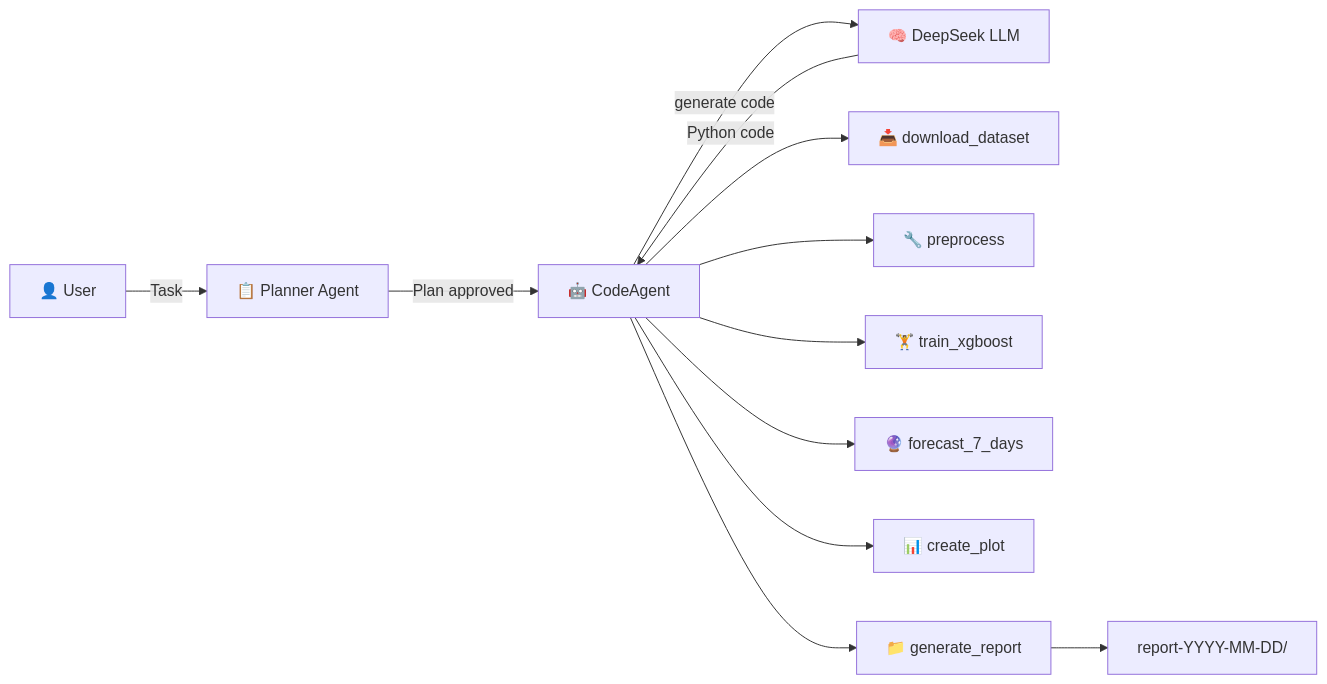
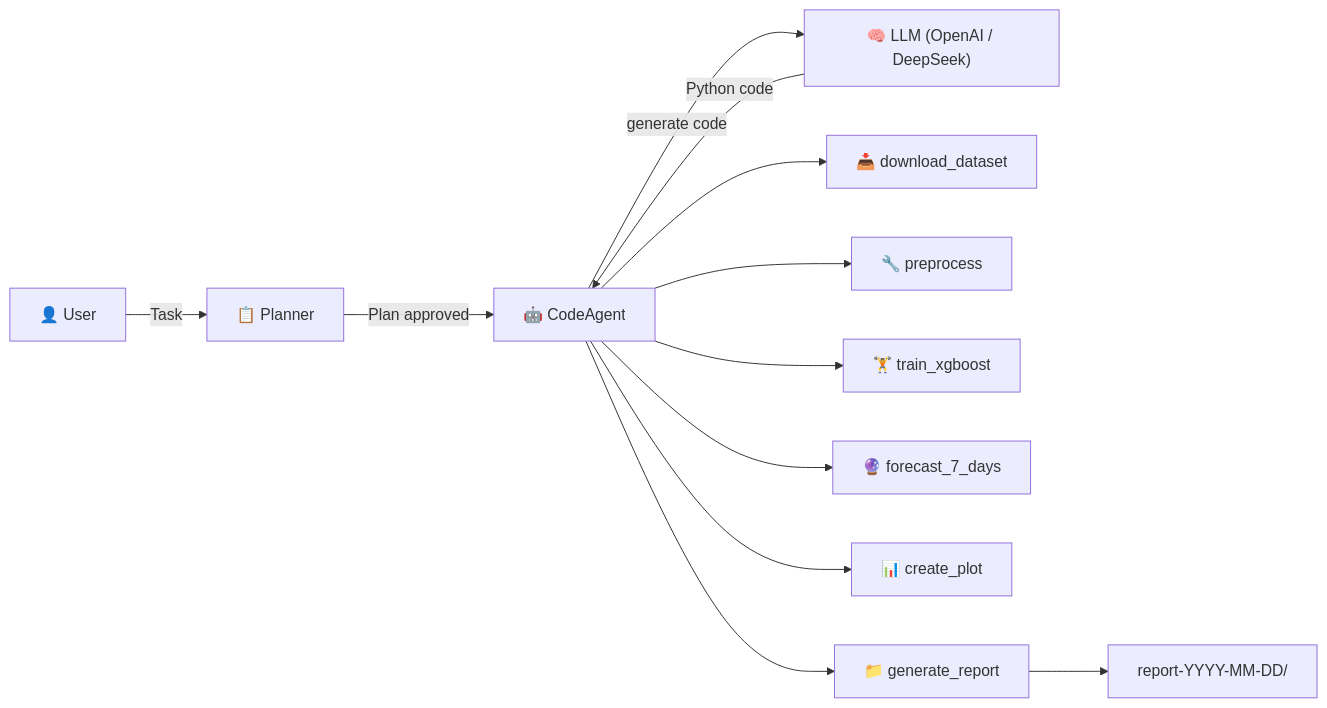
Before and after one commit to Nkluge-correa/smolagent: the first of 2 diagrams in README.md, drawn with Mermaid. The commit also changed other lines of this file and 5 other files, not shown here.

Commit message:
Added deep research agent

````diff
--- a/README.md
+++ b/README.md
@@ -16,14 +31,14 @@
 ```mermaid
 flowchart LR
-    User["👤 User"] -->|"Task"| Planner["📋 Planner Agent"]
+    User["👤 User"] -->|"Task"| Planner["📋 Planner"]
     Planner -->|"Plan approved"| Agent["🤖 CodeAgent"]
-    Agent -->|"generate code"| DeepSeek["🧠 DeepSeek LLM"]
-    DeepSeek -->|"Python code"| Agent
+    Agent -->|"generate code"| LLM["🧠 LLM (OpenAI / DeepSeek)"]
+    LLM -->|"Python code"| Agent
     Agent --> T1["📥 download_dataset"]
     Agent --> T2["🔧 preprocess"]
     Agent --> T3["🏋️ train_xgboost"]
     Agent --> T4["🔮 forecast_7_days"]
     Agent --> T5["📊 create_plot"]
     Agent --> T6["📁 generate_report"]
     T6 --> Report["report-YYYY-MM-DD/"]
 ```
````
